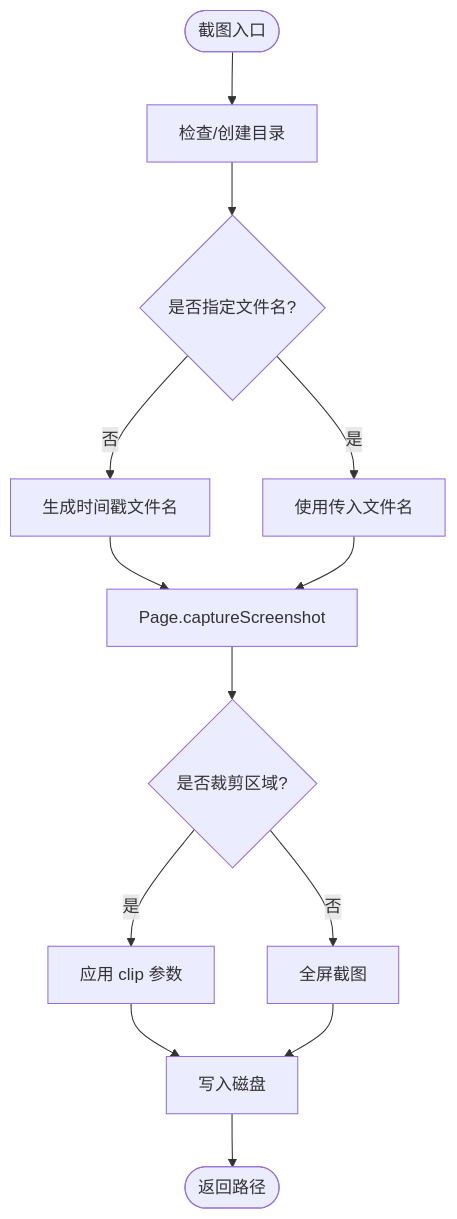
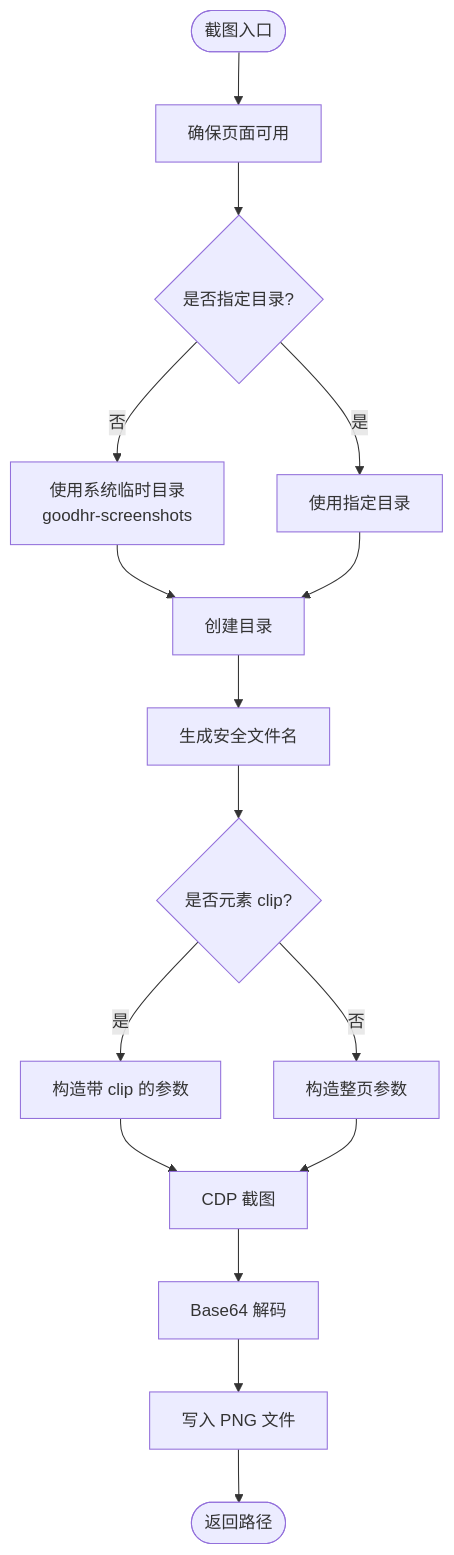
One commit to alvinwangzi/goodhr changed the third of 8 diagrams in .qoder/repowiki/zh/content/本地执行器/浏览器自动化/浏览器控制器/截图与滚动控制.md. Above: the diagram before and after it, drawn with Mermaid. The commit also changed other lines of this file and 149 other files, not shown here.

````diff
--- a/.qoder/repowiki/zh/content/本地执行器/浏览器自动化/浏览器控制器/截图与滚动控制.md
+++ b/.qoder/repowiki/zh/content/本地执行器/浏览器自动化/浏览器控制器/截图与滚动控制.md
@@ -139,15 +126,18 @@
 ```mermaid
 flowchart TD
-Start(["截图入口"]) --> CheckDir["检查/创建目录"]
-CheckDir --> NameGen{"是否指定文件名?"}
-NameGen -- 否 --> GenName["生成时间戳文件名"]
-NameGen -- 是 --> UseName["使用传入文件名"]
-GenName --> Capture["Page.captureScreenshot"]
-UseName --> Capture
-Capture --> Clip{"是否裁剪区域?"}
-Clip -- 是 --> ClipExec["应用 clip 参数"]
-Clip -- 否 --> Full["全屏截图"]
-ClipExec --> Write["写入磁盘"]
-Full --> Write
-Write --> End(["返回路径"])
+Start(["截图入口"]) --> EnsurePage["确保页面可用"]
+EnsurePage --> DirCheck{"是否指定目录?"}
+DirCheck --> |否| DefaultDir["使用系统临时目录<br/>goodhr-screenshots"]
+DirCheck --> |是| UseDir["使用指定目录"]
+DefaultDir --> Mkdir["创建目录"]
+UseDir --> Mkdir
+Mkdir --> Filename["生成安全文件名"]
+Filename --> ClipCheck{"是否元素 clip?"}
+ClipCheck --> |是| ParamsClip["构造带 clip 的参数"]
+ClipCheck --> |否| ParamsFull["构造整页参数"]
+ParamsClip --> Capture["CDP 截图"]
+ParamsFull --> Capture
+Capture --> Decode["Base64 解码"]
+Decode --> WriteFile["写入 PNG 文件"]
+WriteFile --> End(["返回路径"])
 ```
````
